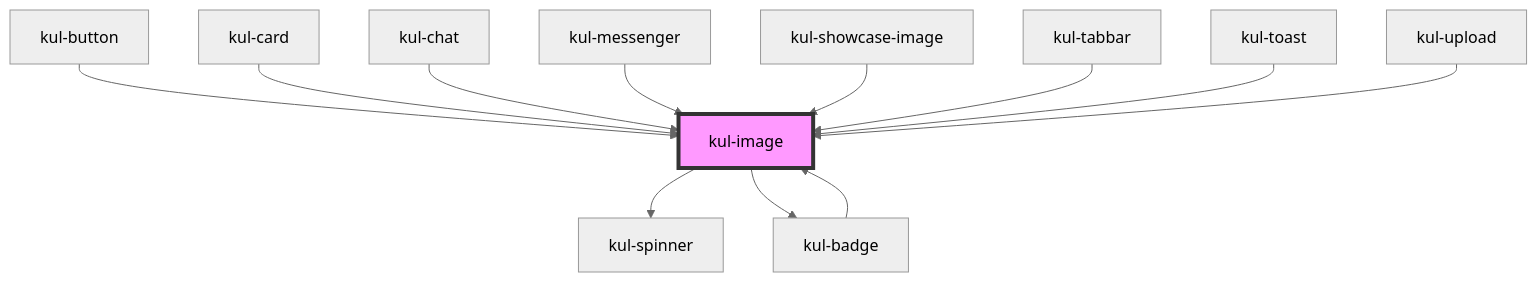
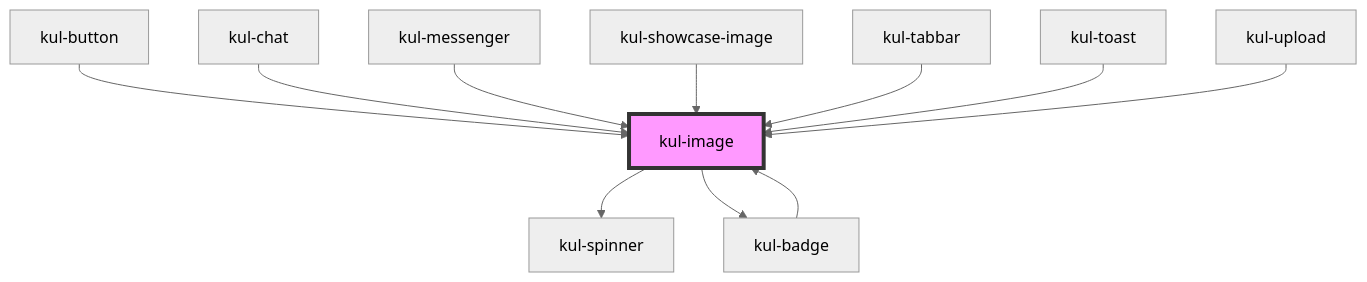
Before and after one commit to lucafoscili/ketchup-lite: the diagram in packages/ketchup-lite/src/components/kul-image/readme.md, drawn with Mermaid (neutral theme). The commit also changed other lines of this file and 40 other files, not shown here.

````diff
--- a/packages/ketchup-lite/src/components/kul-image/readme.md
+++ b/packages/ketchup-lite/src/components/kul-image/readme.md
@@ -87,15 +86,14 @@
 ```mermaid
 graph TD;
   kul-image --> kul-spinner
   kul-image --> kul-badge
   kul-badge --> kul-image
   kul-button --> kul-image
-  kul-card --> kul-image
   kul-chat --> kul-image
   kul-messenger --> kul-image
   kul-showcase-image --> kul-image
   kul-tabbar --> kul-image
   kul-toast --> kul-image
   kul-upload --> kul-image
   style kul-image fill:#f9f,stroke:#333,stroke-width:4px
 ```
````
